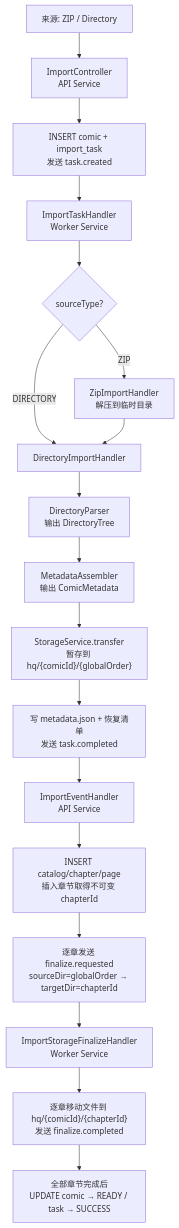
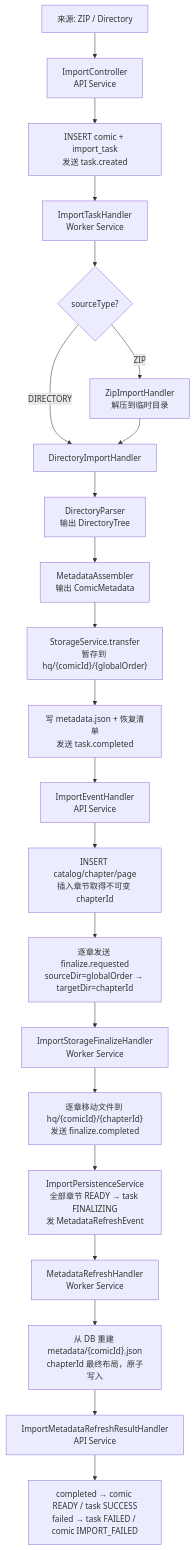
Before and after one commit to nian0122/ComicAtlas: the diagram in docs/architecture/01-system-overview.md, drawn with Mermaid. The commit also changed other lines of this file and 4 other files, not shown here.

````diff
--- a/docs/architecture/01-system-overview.md
+++ b/docs/architecture/01-system-overview.md
@@ -122,20 +135,24 @@
 ```mermaid
 flowchart TD
     A[来源: ZIP / Directory] --> B[ImportController<br/>API Service]
     B --> C["INSERT comic + import_task<br/>发送 task.created"]
     C --> D[ImportTaskHandler<br/>Worker Service]
     D --> E{sourceType?}
     E -->|ZIP| F[ZipImportHandler<br/>解压到临时目录]
     E -->|DIRECTORY| G[DirectoryImportHandler]
     F --> G
     G --> H[DirectoryParser<br/>输出 DirectoryTree]
     H --> I[MetadataAssembler<br/>输出 ComicMetadata]
     I --> J["StorageService.transfer<br/>暂存到 hq/{comicId}/{globalOrder}"]
     J --> K["写 metadata.json + 恢复清单<br/>发送 task.completed"]
     K --> L[ImportEventHandler<br/>API Service]
     L --> M["INSERT catalog/chapter/page<br/>插入章节取得不可变 chapterId"]
     M --> N["逐章发送 finalize.requested<br/>sourceDir=globalOrder → targetDir=chapterId"]
     N --> O[ImportStorageFinalizeHandler<br/>Worker Service]
     O --> P["逐章移动文件到 hq/{comicId}/{chapterId}<br/>发送 finalize.completed"]
-    P --> Q["全部章节完成后<br/>UPDATE comic → READY / task → SUCCESS"]
+    P --> Q["ImportPersistenceService<br/>全部章节 READY → task FINALIZING<br/>发 MetadataRefreshEvent"]
+    Q --> R[MetadataRefreshHandler<br/>Worker Service]
+    R --> S["从 DB 重建 metadata/{comicId}.json<br/>chapterId 最终布局，原子写入"]
+    S --> T[ImportMetadataRefreshResultHandler<br/>API Service]
+    T --> U["completed → comic READY / task SUCCESS<br/>failed → task FAILED / comic IMPORT_FAILED"]
 ```
````
